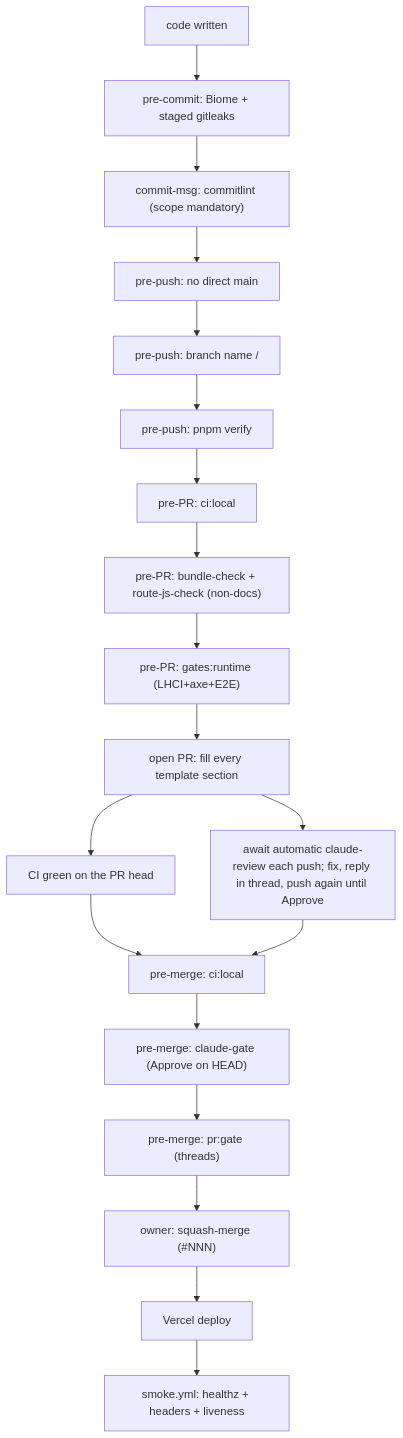
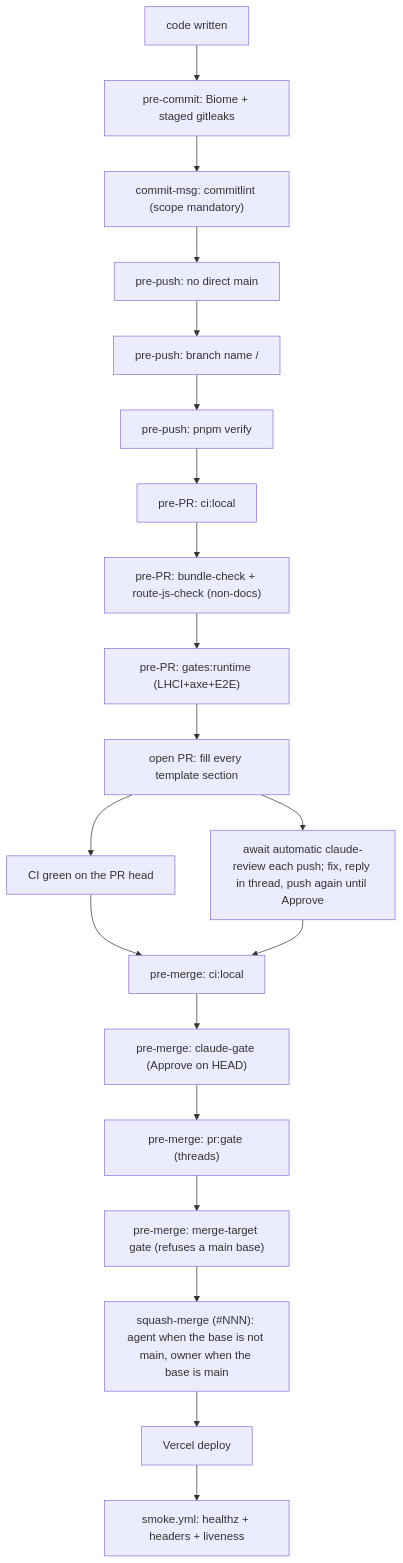
The first of 2 diagrams in docs/handbook/review-merge-release.md (erikunha/portfolio), drawn with Mermaid before and after one commit. The commit also changed other lines of this file and 3 other files, not shown here.

First line of the commit message:
docs(merge): agents squash-merge non-main bases; main stays owner-only

````diff
--- a/docs/handbook/review-merge-release.md
+++ b/docs/handbook/review-merge-release.md
@@ -7,21 +7,22 @@
 ```mermaid
 flowchart TD
     write["code written"] --> c1["pre-commit: Biome + staged gitleaks"]
     c1 --> c2["commit-msg: commitlint (scope mandatory)"]
     c2 --> p1["pre-push: no direct main"]
     p1 --> p2["pre-push: branch name <type>/<desc>"]
     p2 --> p5["pre-push: pnpm verify"]
     p5 --> r1["pre-PR: ci:local"]
     r1 --> r2["pre-PR: bundle-check + route-js-check (non-docs)"]
     r2 --> r4["pre-PR: gates:runtime (LHCI+axe+E2E)"]
     r4 --> o1["open PR: fill every template section"]
     o1 --> o1b["CI green on the PR head"]
     o1 --> o2["await automatic claude-review each push; fix, reply in thread, push again until Approve"]
     o1b --> m1["pre-merge: ci:local"]
     o2 --> m1
     m1 --> m3["pre-merge: claude-gate (Approve on HEAD)"]
     m3 --> m4["pre-merge: pr:gate (threads)"]
-    m4 --> merge["owner: squash-merge (#NNN)"]
+    m4 --> m5["pre-merge: merge-target gate (refuses a main base)"]
+    m5 --> merge["squash-merge (#NNN): agent when the base is not main, owner when the base is main"]
     merge --> deploy["Vercel deploy"]
     deploy --> smoke["smoke.yml: healthz + headers + liveness"]
 ```
````
